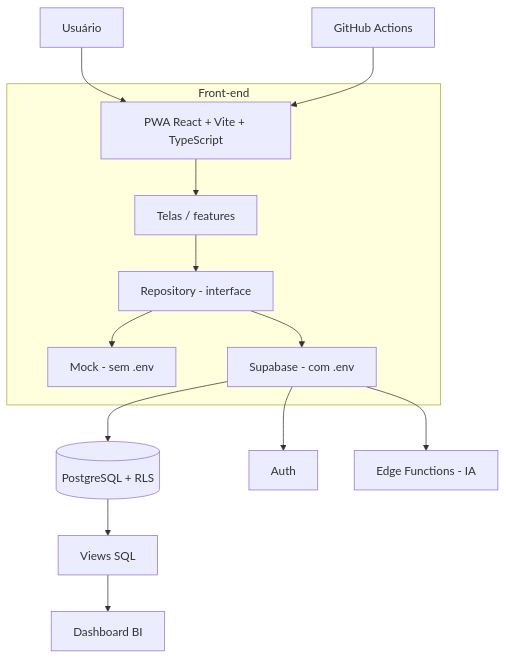
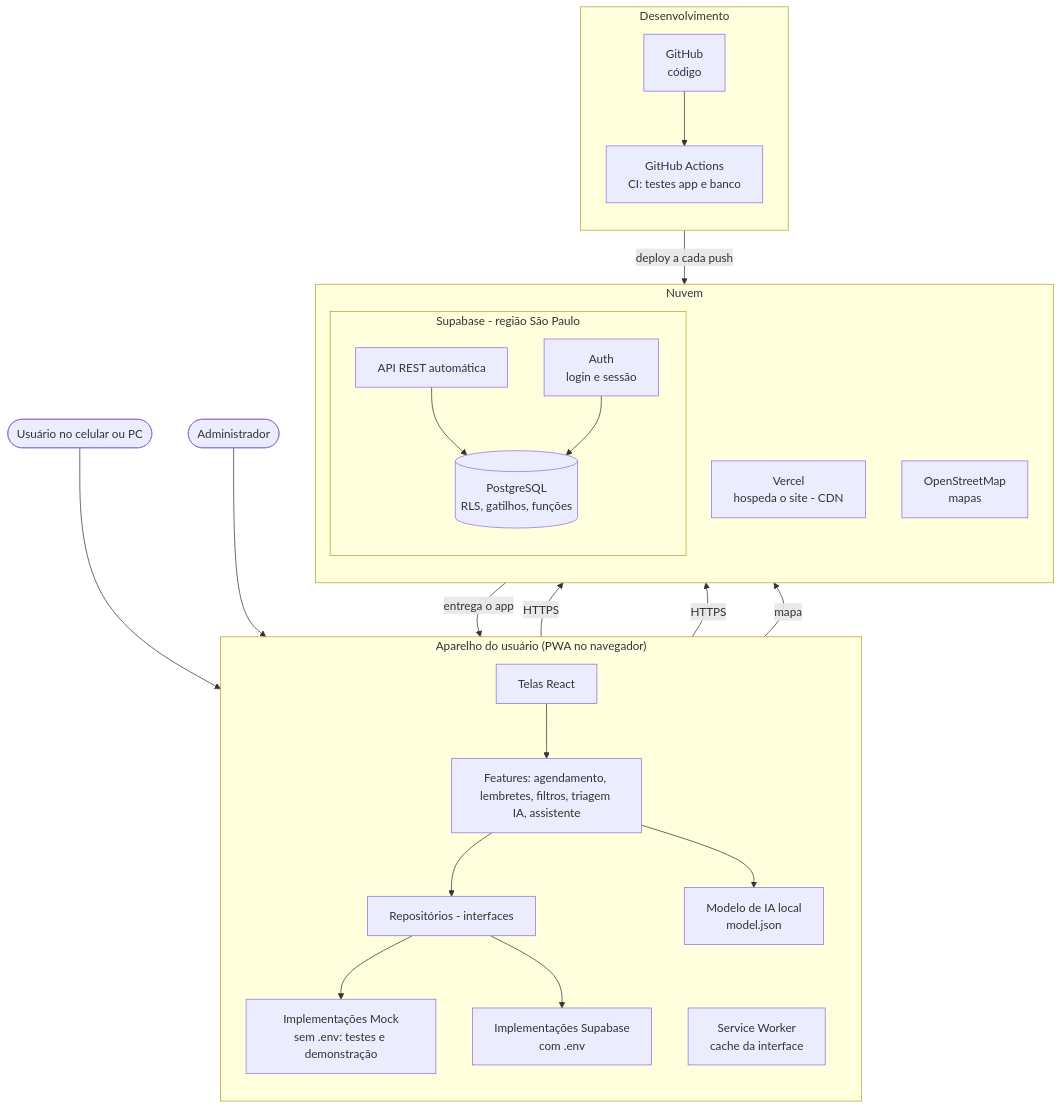
The first of 3 diagrams in docs/diagrams/arquitetura.md (balbino-z/infomed-tcc), drawn with Mermaid before and after one commit. The commit also changed other lines of this file and 86 other files, not shown here.

First line of the commit message:
docs: 36 diagramas do TCC em SVG e PNG

````diff
--- a/docs/diagrams/arquitetura.md
+++ b/docs/diagrams/arquitetura.md
@@ -3,16 +5,48 @@
 ```mermaid
 flowchart TB
-  U[Usuário] --> PWA[PWA React + Vite + TypeScript]
-  subgraph Front-end
-    PWA --> T[Telas / features]
-    T --> R[Repository - interface]
-    R --> M[Mock - sem .env]
-    R --> S[Supabase - com .env]
+  U([Usuário no celular ou PC])
+  ADM([Administrador])
+
+  subgraph Aparelho["Aparelho do usuário (PWA no navegador)"]
+    direction TB
+    T[Telas React]
+    F[Features: agendamento, lembretes, filtros, triagem IA, assistente]
+    R[Repositórios - interfaces]
+    MK[Implementações Mock<br/>sem .env: testes e demonstração]
+    SB[Implementações Supabase<br/>com .env]
+    IA[Modelo de IA local<br/>model.json]
+    SW[Service Worker<br/>cache da interface]
+    T --> F --> R
+    R --> MK
+    R --> SB
+    F --> IA
   end
-  S --> DB[(PostgreSQL + RLS)]
-  S --> AU[Auth]
-  S --> EF[Edge Functions - IA]
-  DB --> V[Views SQL]
-  V --> BI[Dashboard BI]
-  GH[GitHub Actions] --> PWA
+
+  subgraph Nuvem["Nuvem"]
+    direction TB
+    VC[Vercel<br/>hospeda o site - CDN]
+    subgraph Supa["Supabase - região São Paulo"]
+      AU[Auth<br/>login e sessão]
+      API[API REST automática]
+      DB[(PostgreSQL<br/>RLS, gatilhos, funções)]
+      API --> DB
+      AU --> DB
+    end
+    OSM[OpenStreetMap<br/>mapas]
+  end
+
+  subgraph Dev["Desenvolvimento"]
+    direction TB
+    GH[GitHub<br/>código]
+    CI[GitHub Actions<br/>CI: testes app e banco]
+  end
+
+  U --> T
+  ADM --> T
+  VC -- entrega o app --> SW
+  SB -- HTTPS --> API
+  SB -- HTTPS --> AU
+  F -- mapa --> OSM
+  GH --> CI
+  GH -- deploy a cada push --> VC
 ```
````
